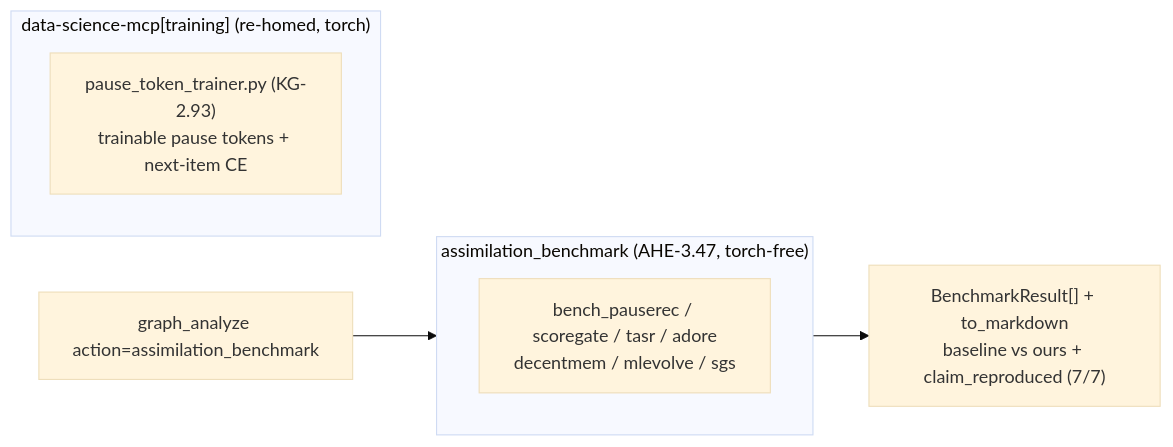
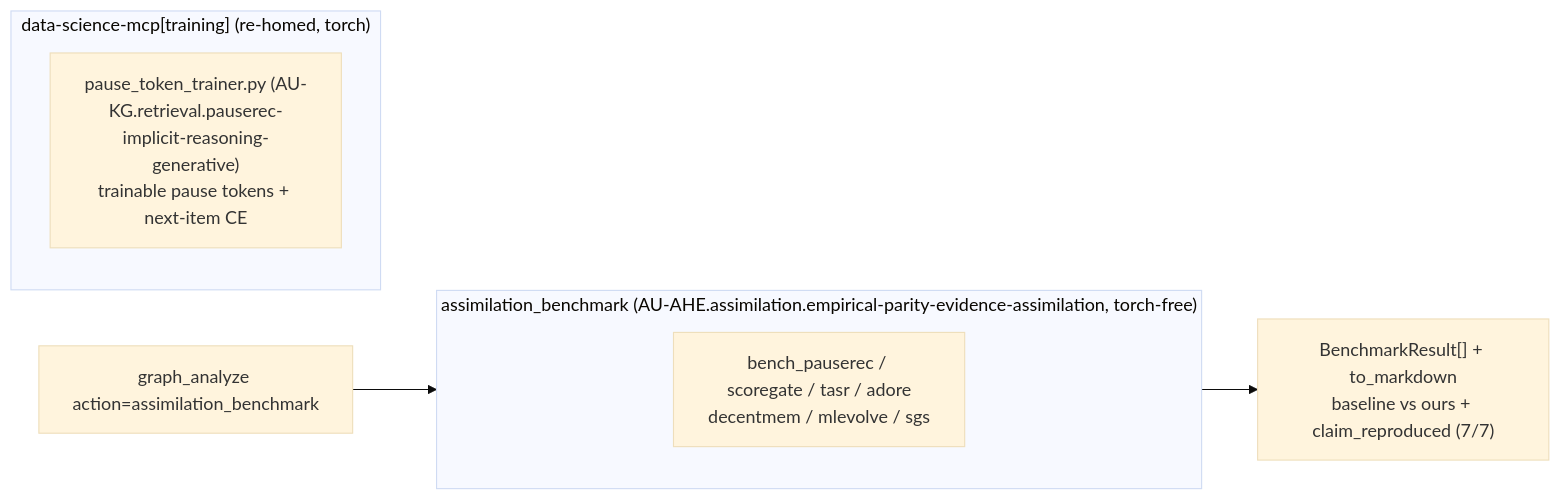
The eighth of 8 diagrams in docs/architecture/multi_source_assimilation.md (Knuckles-Team/agent-utilities), drawn with Mermaid (base theme) before and after one commit. The commit also changed other lines of this file and 2324 other files, not shown here.

````diff
--- a/docs/architecture/multi_source_assimilation.md
+++ b/docs/architecture/multi_source_assimilation.md
@@ -404,11 +404,11 @@
 ```mermaid
 flowchart LR
-    subgraph BENCH["assimilation_benchmark (AHE-3.47, torch-free)"]
+    subgraph BENCH["assimilation_benchmark (AU-AHE.assimilation.empirical-parity-evidence-assimilation, torch-free)"]
         B1["bench_pauserec / scoregate / tasr / adore<br/>decentmem / mlevolve / sgs"]
     end
     SURF["graph_analyze action=assimilation_benchmark"] --> BENCH
     BENCH --> RES["BenchmarkResult[] + to_markdown<br/>baseline vs ours + claim_reproduced (7/7)"]
     subgraph DSM["data-science-mcp[training] (re-homed, torch)"]
-        PTT["pause_token_trainer.py (KG-2.93)<br/>trainable pause tokens + next-item CE"]
+        PTT["pause_token_trainer.py (AU-KG.retrieval.pauserec-implicit-reasoning-generative)<br/>trainable pause tokens + next-item CE"]
     end
 ```
````
